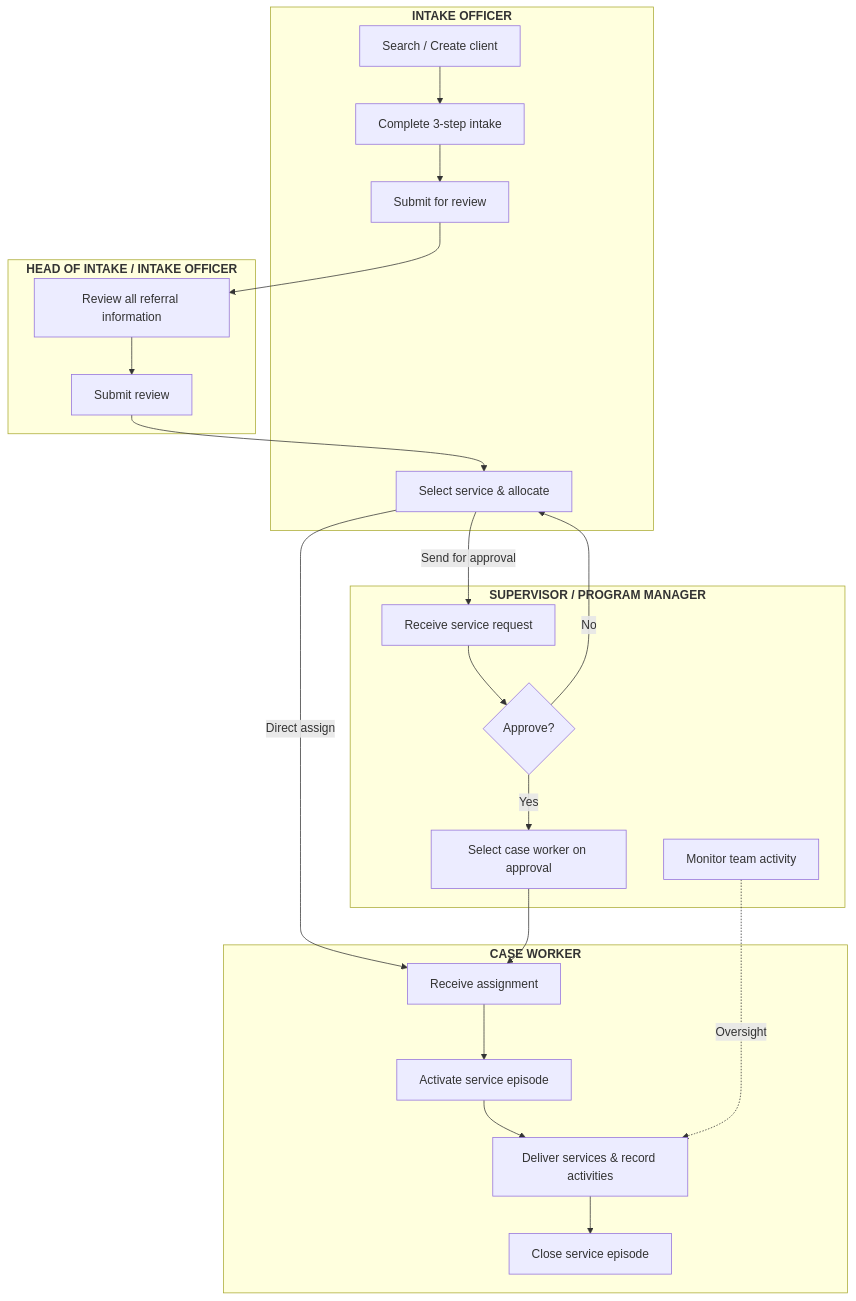
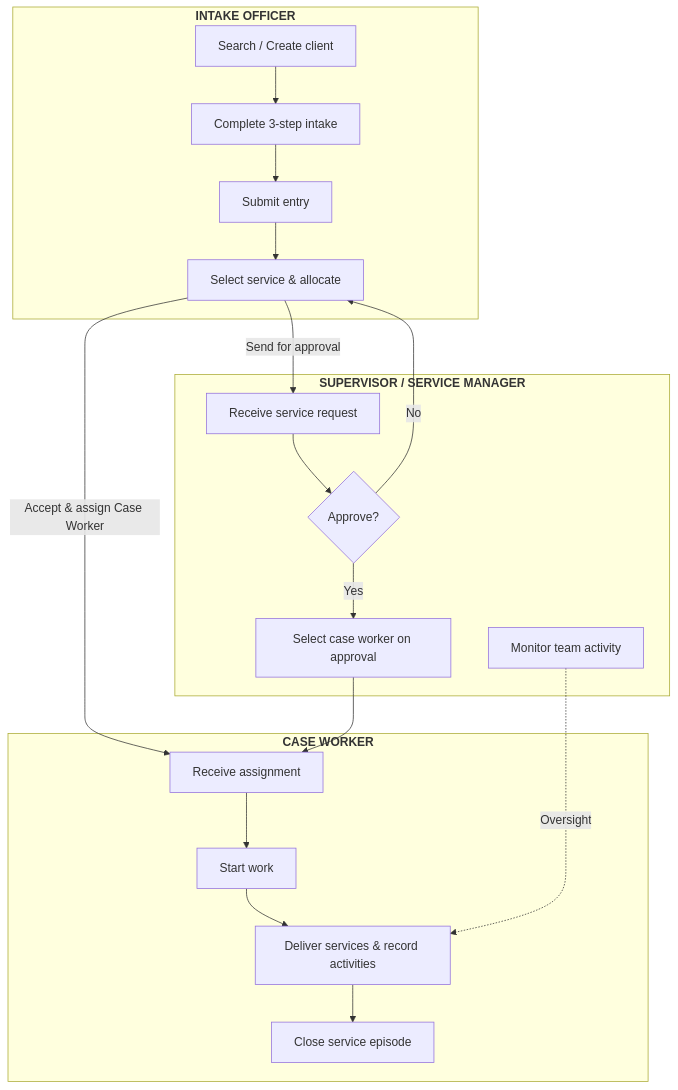
Before and after one commit to manaaki-tech/manaakicare-docs: the second of 6 diagrams in docs/how-the-work-flows.mdx, drawn with Mermaid. The commit also changed other lines of this file and 49 other files, not shown here.

````diff
--- a/docs/how-the-work-flows.mdx
+++ b/docs/how-the-work-flows.mdx
@@ -134,45 +134,38 @@
 ```mermaid
 flowchart TB
     subgraph io["<b>INTAKE OFFICER</b>"]
         io1["Search / Create client"]
         io2["Complete 3-step intake"]
-        io3["Submit for review"]
+        io3["Submit entry"]
         io4["Select service & allocate"]
     end
 
-    subgraph reviewer["<b>HEAD OF INTAKE / INTAKE OFFICER</b>"]
-        rev1["Review all referral information"]
-        rev2["Submit review"]
-    end
-
-    subgraph sup["<b>SUPERVISOR / PROGRAM MANAGER</b>"]
+    subgraph sup["<b>SUPERVISOR / SERVICE MANAGER</b>"]
         sup1["Receive service request"]
         sup2{"Approve?"}
         sup3["Select case worker on approval"]
         sup4["Monitor team activity"]
     end
 
     subgraph cw["<b>CASE WORKER</b>"]
         cw1["Receive assignment"]
-        cw2["Activate service episode"]
+        cw2["Start work"]
         cw3["Deliver services & record activities"]
         cw4["Close service episode"]
     end
 
     io1 --> io2 --> io3
-    io3 --> rev1
-    rev1 --> rev2
-    rev2 --> io4
+    io3 --> io4
 
     io4 -->|"Send for approval"| sup1
-    io4 -->|"Direct assign"| cw1
+    io4 -->|"Accept & assign Case Worker"| cw1
 
     sup1 --> sup2
     sup2 -->|"Yes"| sup3
     sup3 --> cw1
     sup2 -->|"No"| io4
 
     cw1 --> cw2 --> cw3 --> cw4
     sup4 -.->|"Oversight"| cw3
 
 ```
````
